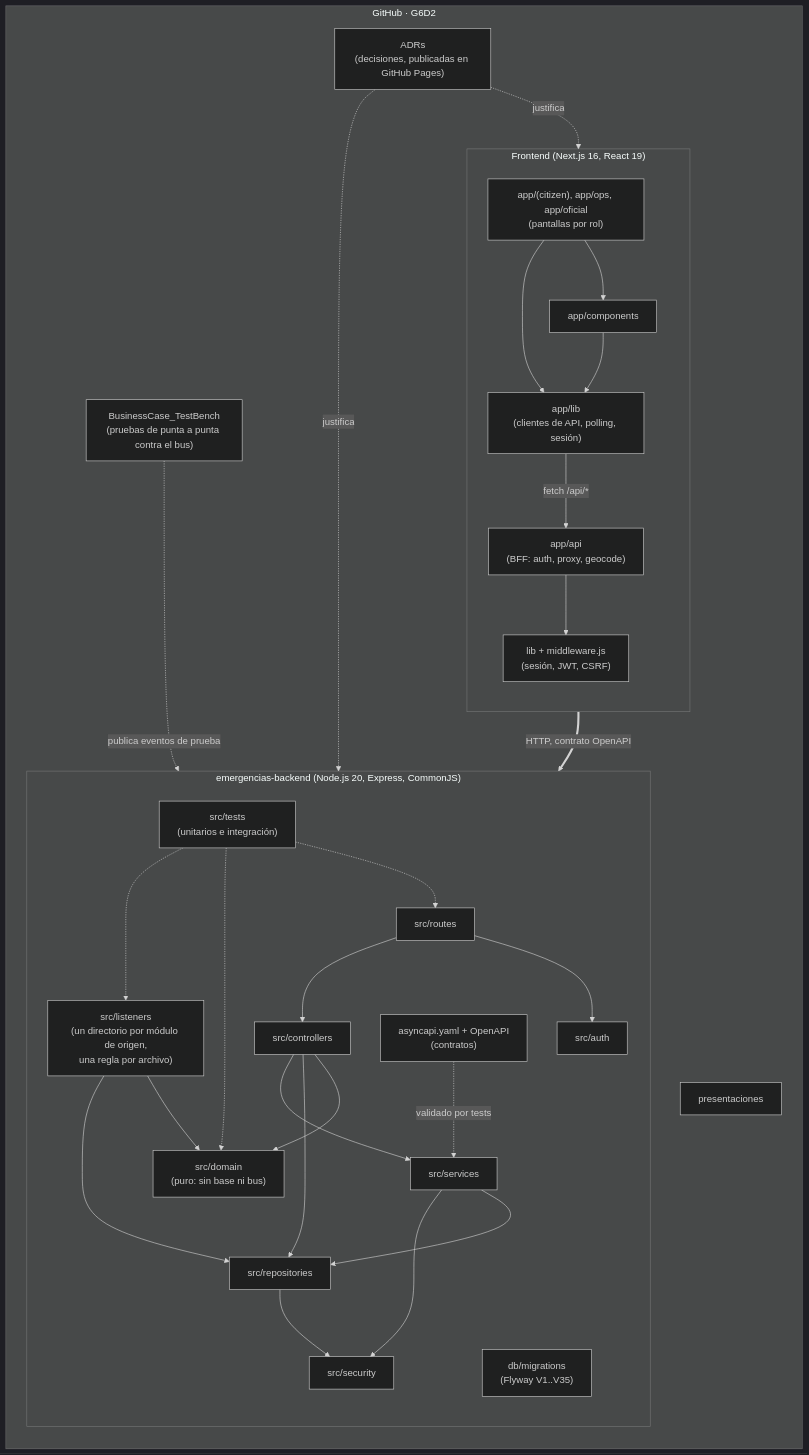
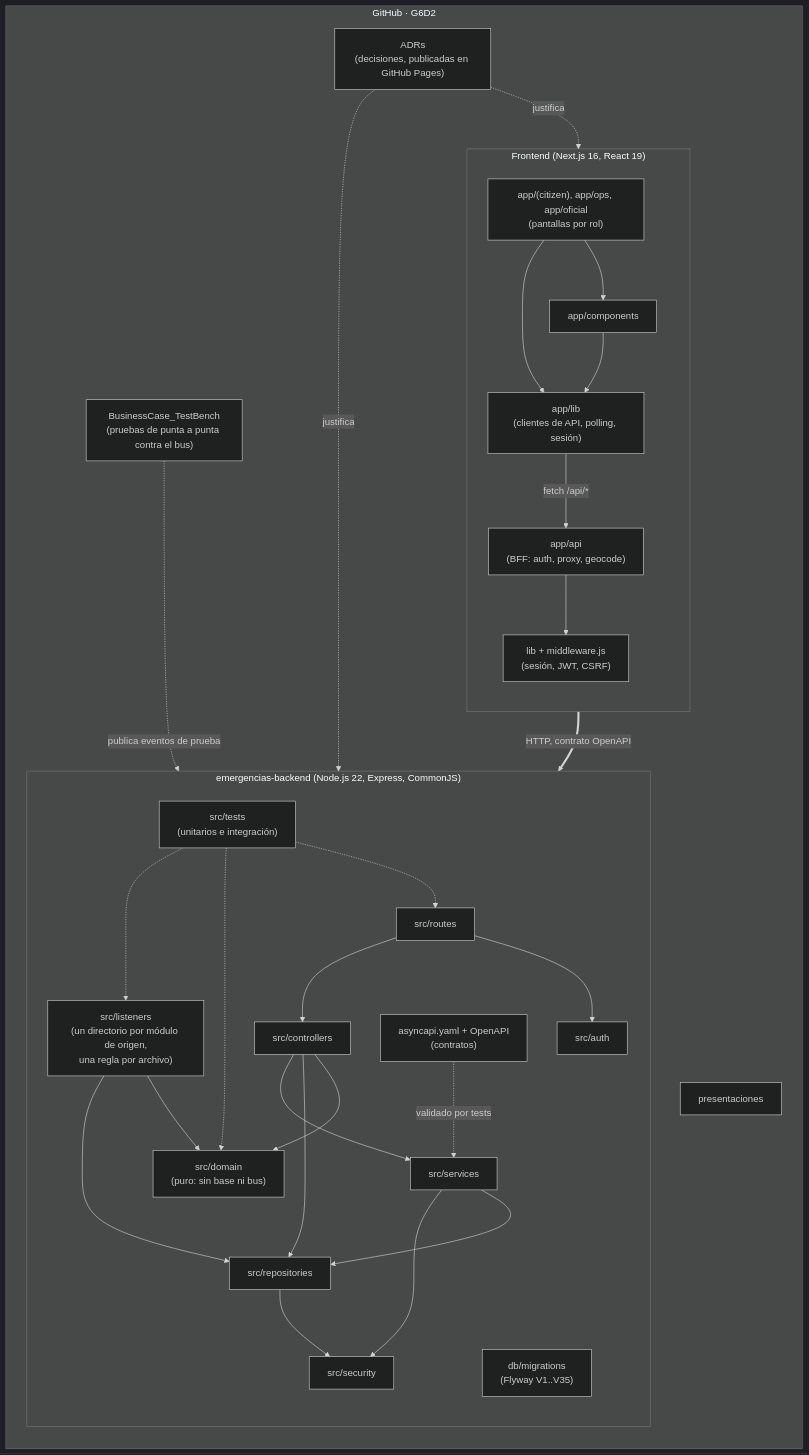
Before and after one commit to G6D2/emergencias-backend: the third of 4 diagrams in docs/diagramas/09-vista-4+1.md, drawn with Mermaid (dark theme). The commit also changed other lines of this file and 6 other files, not shown here.

First line of the commit message:
chore: pasar el backend a Node 22 (#137)

````diff
--- a/docs/diagramas/09-vista-4+1.md
+++ b/docs/diagramas/09-vista-4+1.md
@@ -224,59 +224,59 @@
 ```mermaid
 flowchart LR
     subgraph org["GitHub · G6D2"]
         direction TB
 
-        subgraph be["emergencias-backend (Node.js 20, Express, CommonJS)"]
+        subgraph be["emergencias-backend (Node.js 22, Express, CommonJS)"]
             direction TB
             routes["src/routes"]
             authM["src/auth"]
             ctrl["src/controllers"]
             dom["src/domain<br/>(puro: sin base ni bus)"]
             repos["src/repositories"]
             svc["src/services"]
             lst["src/listeners<br/>(un directorio por módulo de origen,<br/>una regla por archivo)"]
             sec["src/security"]
             migr["db/migrations<br/>(Flyway V1..V35)"]
             contr["asyncapi.yaml + OpenAPI<br/>(contratos)"]
             tests["src/tests<br/>(unitarios e integración)"]
         end
 
         subgraph fe["Frontend (Next.js 16, React 19)"]
             direction TB
             pages["app/(citizen), app/ops, app/oficial<br/>(pantallas por rol)"]
             comps["app/components"]
             applib["app/lib<br/>(clientes de API, polling, sesión)"]
             bffR["app/api<br/>(BFF: auth, proxy, geocode)"]
             lib["lib + middleware.js<br/>(sesión, JWT, CSRF)"]
         end
 
         adrs["ADRs<br/>(decisiones, publicadas en GitHub Pages)"]
         bench["BusinessCase_TestBench<br/>(pruebas de punta a punta contra el bus)"]
         pres["presentaciones"]
     end
 
     routes --> authM
     routes --> ctrl
     ctrl --> dom
     ctrl --> repos
     ctrl --> svc
     lst --> dom
     lst --> repos
     svc --> repos
     repos --> sec
     svc --> sec
     tests -.-> routes
     tests -.-> dom
     tests -.-> lst
     contr -.->|"validado por tests"| svc
 
     pages --> comps
     pages --> applib
     comps --> applib
     applib -->|"fetch /api/*"| bffR
     bffR --> lib
     bffR ==>|"HTTP, contrato OpenAPI"| routes
     bench -.->|"publica eventos de prueba"| lst
     adrs -.->|"justifica"| be
     adrs -.->|"justifica"| fe
 ```
````
